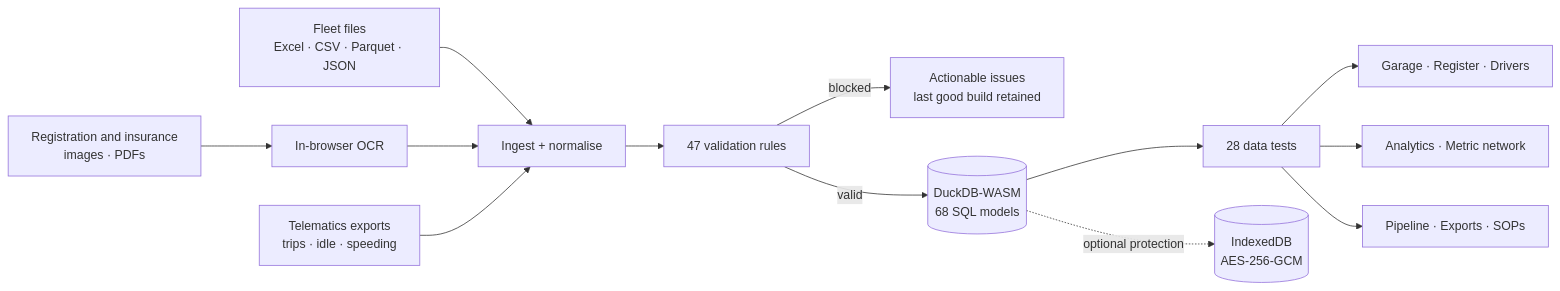
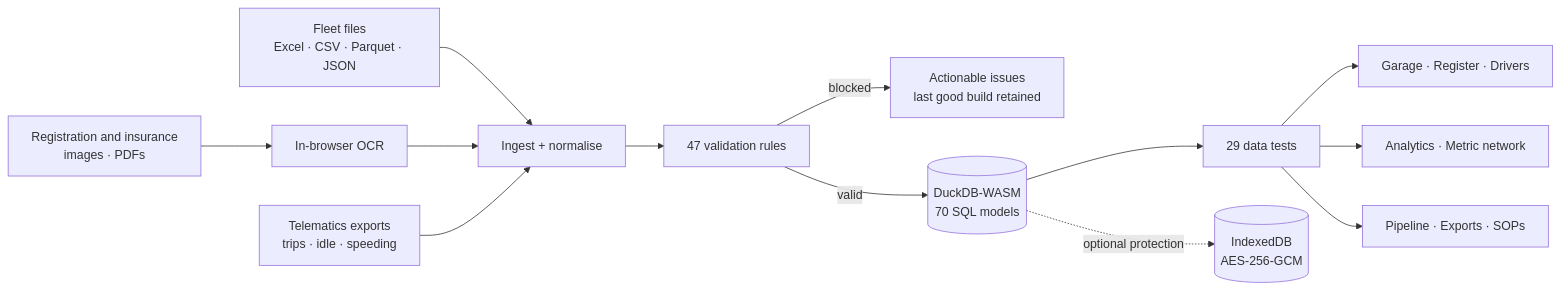
The first of 2 diagrams in README.md (Pemalahmad/FleetOps-KPI-Dashboard), drawn with Mermaid before and after one commit. The commit also changed other lines of this file and 9 other files, not shown here.

````diff
--- a/README.md
+++ b/README.md
@@ -55,15 +56,15 @@
 ```mermaid
 flowchart LR
     A["Fleet files<br/>Excel · CSV · Parquet · JSON"] --> I["Ingest + normalise"]
     B["Registration and insurance<br/>images · PDFs"] --> O["In-browser OCR"] --> I
     C["Telematics exports<br/>trips · idle · speeding"] --> I
 
     I --> V["47 validation rules"]
     V -- blocked --> E["Actionable issues<br/>last good build retained"]
-    V -- valid --> D[("DuckDB-WASM<br/>68 SQL models")]
-    D --> T["28 data tests"]
+    V -- valid --> D[("DuckDB-WASM<br/>70 SQL models")]
+    D --> T["29 data tests"]
     T --> W["Garage · Register · Drivers"]
     T --> K["Analytics · Metric network"]
     T --> P["Pipeline · Exports · SOPs"]
     D -. optional protection .-> S[("IndexedDB<br/>AES-256-GCM")]
 ```
````
